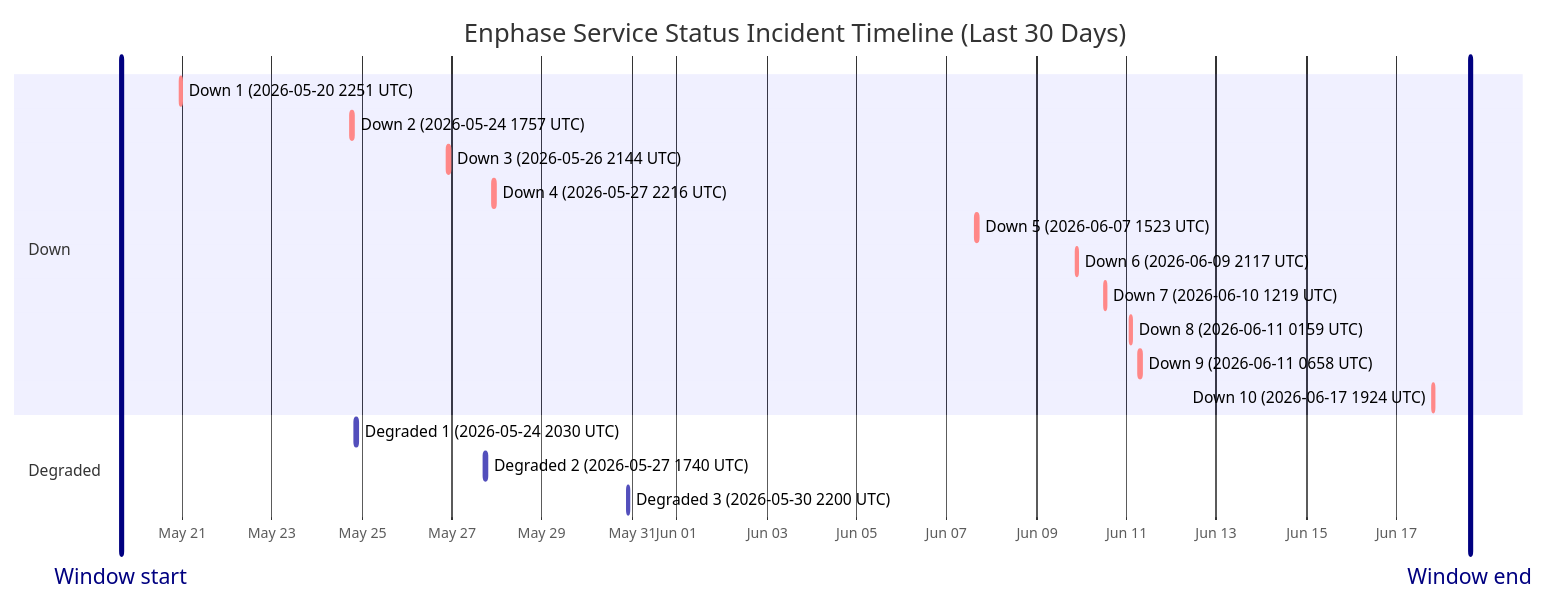
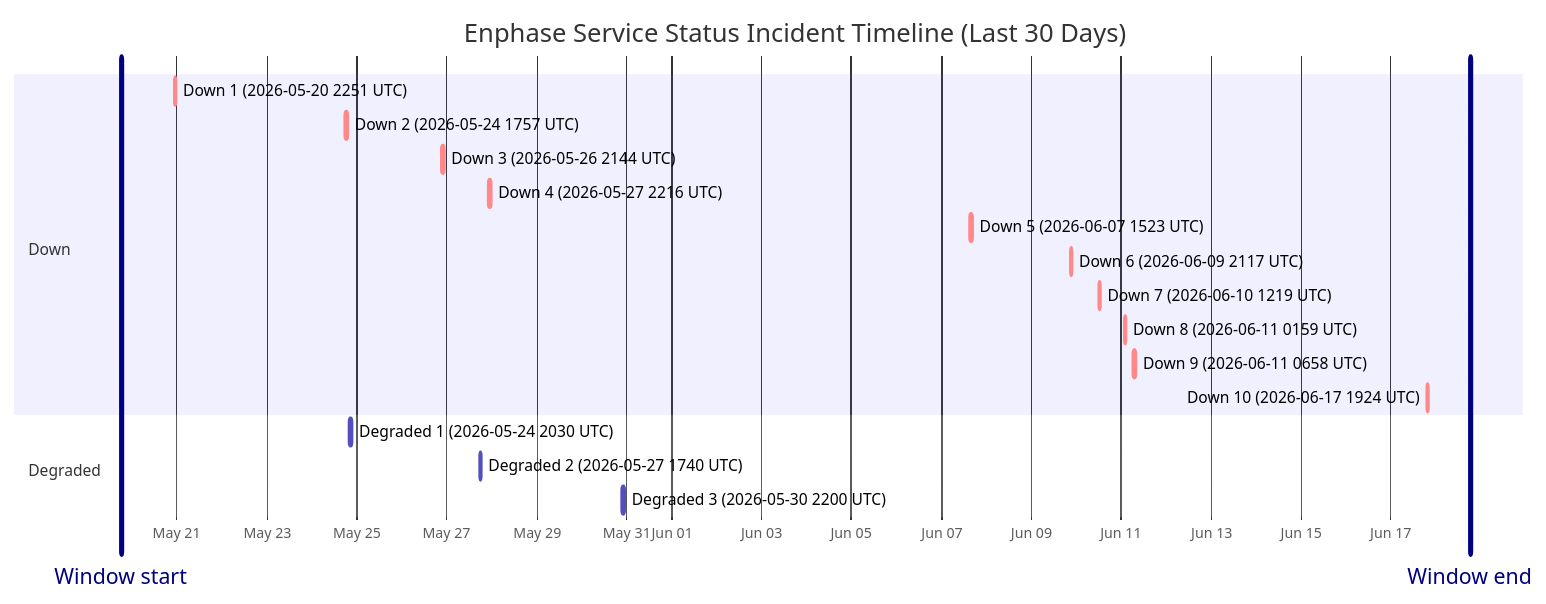
One commit to barneyonline/ha-enphase-energy changed the diagram in wiki/Service-Status-History.md. Above: the diagram before and after it, drawn with Mermaid. The commit also changed other lines of this file and 3 other files, not shown here.

````diff
--- a/wiki/Service-Status-History.md
+++ b/wiki/Service-Status-History.md
@@ -14,23 +14,23 @@
 ```mermaid
 gantt
     title Enphase Service Status Incident Timeline (Last 30 Days)
     dateFormat  YYYY-MM-DDTHH:mm:ss
     axisFormat  %b %d
-    Window start :vert, window-start, 2026-05-19T15:21:31, 0ms
-    Window end :vert, window-end, 2026-06-18T15:21:31, 0ms
+    Window start :vert, window-start, 2026-05-19T18:13:59, 0ms
+    Window end :vert, window-end, 2026-06-18T18:13:59, 0ms
     section Down
     Down 1 (2026-05-20 2251 UTC) :crit, down-1, 2026-05-20T22:51:14, 75m
     Down 2 (2026-05-24 1757 UTC) :crit, down-2, 2026-05-24T17:57:41, 86m
     Down 3 (2026-05-26 2144 UTC) :crit, down-3, 2026-05-26T21:44:11, 85m
     Down 4 (2026-05-27 2216 UTC) :crit, down-4, 2026-05-27T22:16:53, 87m
     Down 5 (2026-06-07 1523 UTC) :crit, down-5, 2026-06-07T15:23:22, 87m
     Down 6 (2026-06-09 2117 UTC) :crit, down-6, 2026-06-09T21:17:17, 60m
     Down 7 (2026-06-10 1219 UTC) :crit, down-7, 2026-06-10T12:19:21, 60m
     Down 8 (2026-06-11 0159 UTC) :crit, down-8, 2026-06-11T01:59:36, 60m
     Down 9 (2026-06-11 0658 UTC) :crit, down-9, 2026-06-11T06:58:45, 60m
     Down 10 (2026-06-17 1924 UTC) :crit, down-10, 2026-06-17T19:24:51, 60m
     section Degraded
     Degraded 1 (2026-05-24 2030 UTC) :active, degraded-1, 2026-05-24T20:30:57, 84m
     Degraded 2 (2026-05-27 1740 UTC) :active, degraded-2, 2026-05-27T17:40:52, 60m
     Degraded 3 (2026-05-30 2200 UTC) :active, degraded-3, 2026-05-30T22:00:37, 60m
 ```
````
